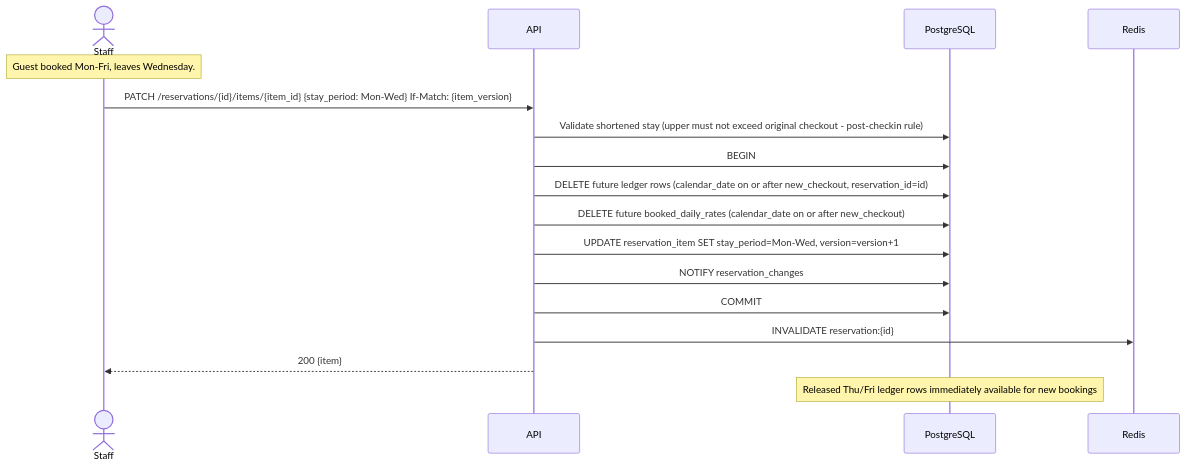
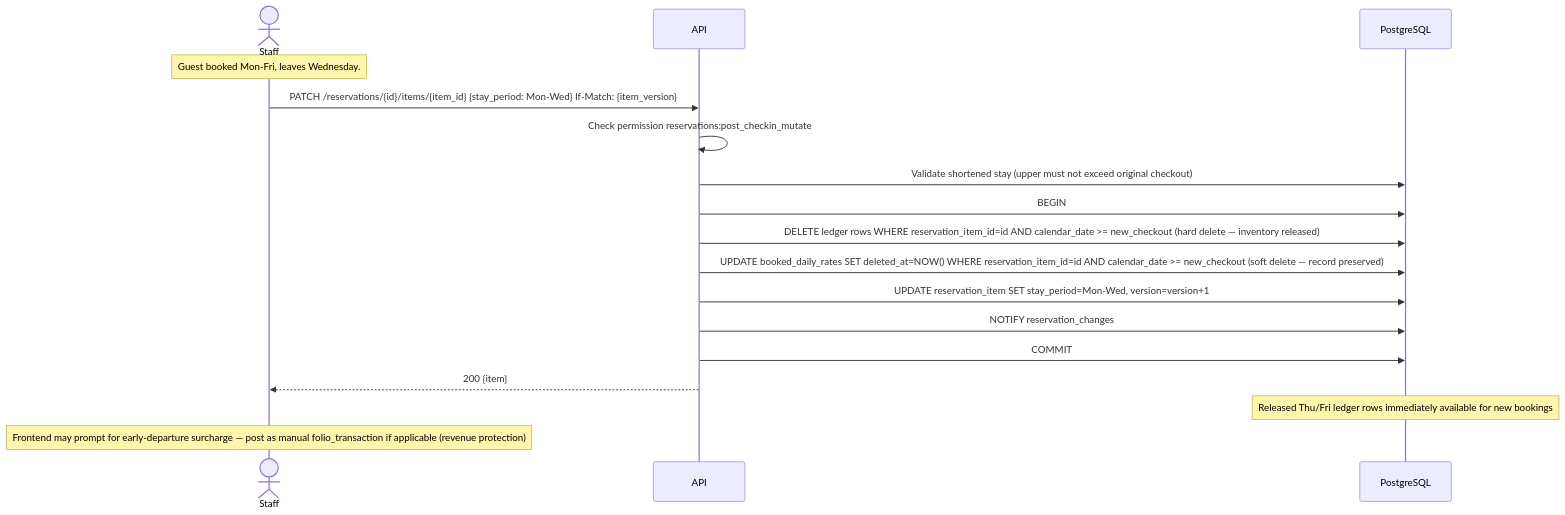
One commit to mallytj/yop-pms changed diagram 18 of 33 in docs/flows/reservations.md. Above: the diagram before and after it, drawn with Mermaid. The commit also changed other lines of this file, not shown here.

Commit message:
docs(reservations): update the flows post review

````diff
--- a/docs/flows/reservations.md
+++ b/docs/flows/reservations.md
@@ -724,22 +872,22 @@
 ```mermaid
 sequenceDiagram
     actor Staff
     participant API
     participant DB as PostgreSQL
-    participant Redis
 
     Note over Staff: Guest booked Mon-Fri, leaves Wednesday.
 
     Staff->>API: PATCH /reservations/{id}/items/{item_id} {stay_period: Mon-Wed} If-Match: {item_version}
-    API->>DB: Validate shortened stay (upper must not exceed original checkout - post-checkin rule)
+    API->>API: Check permission reservations:post_checkin_mutate
+    API->>DB: Validate shortened stay (upper must not exceed original checkout)
     API->>DB: BEGIN
-    API->>DB: DELETE future ledger rows (calendar_date on or after new_checkout, reservation_id=id)
-    API->>DB: DELETE future booked_daily_rates (calendar_date on or after new_checkout)
+    API->>DB: DELETE ledger rows WHERE reservation_item_id=id AND calendar_date >= new_checkout (hard delete — inventory released)
+    API->>DB: UPDATE booked_daily_rates SET deleted_at=NOW() WHERE reservation_item_id=id AND calendar_date >= new_checkout (soft delete — record preserved)
     API->>DB: UPDATE reservation_item SET stay_period=Mon-Wed, version=version+1
     API->>DB: NOTIFY reservation_changes
     API->>DB: COMMIT
-    API->>Redis: INVALIDATE reservation:{id}
     API-->>Staff: 200 {item}
 
     Note over DB: Released Thu/Fri ledger rows immediately available for new bookings
+    Note over Staff: Frontend may prompt for early-departure surcharge — post as manual folio_transaction if applicable (revenue protection)
 ```
````
